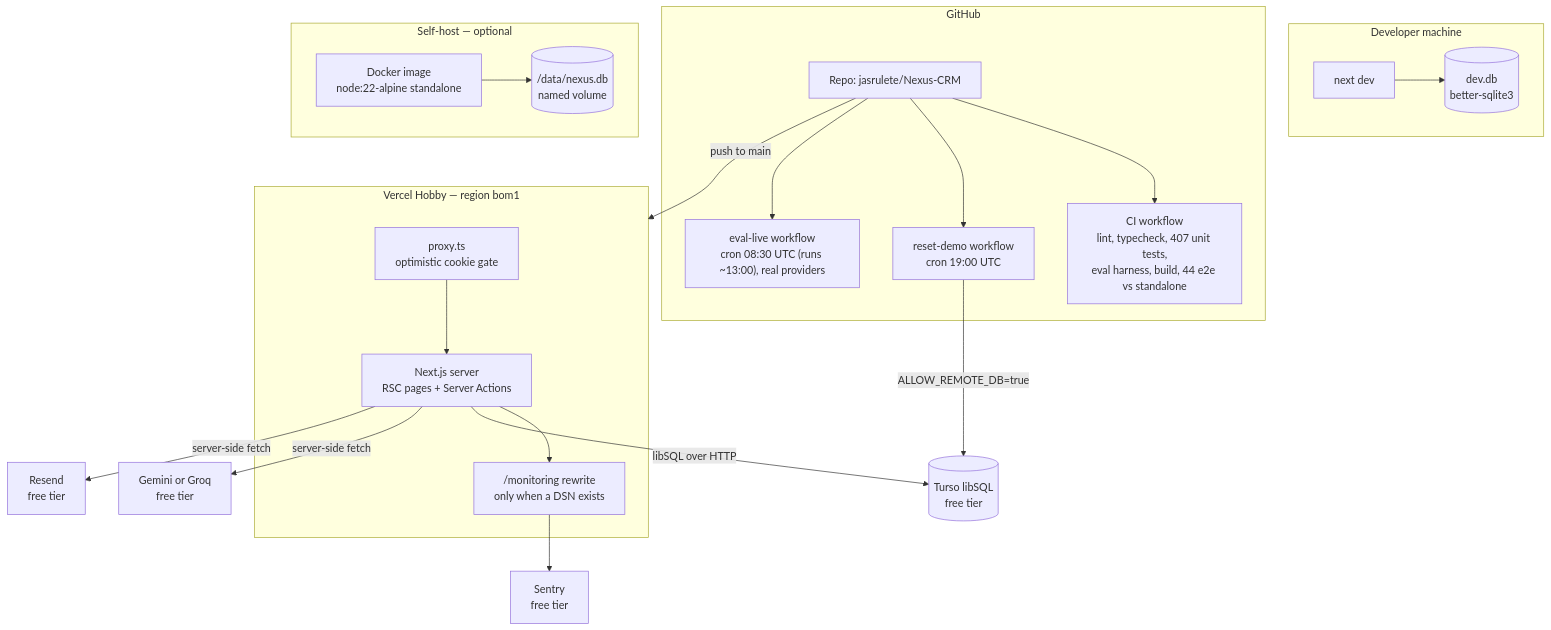
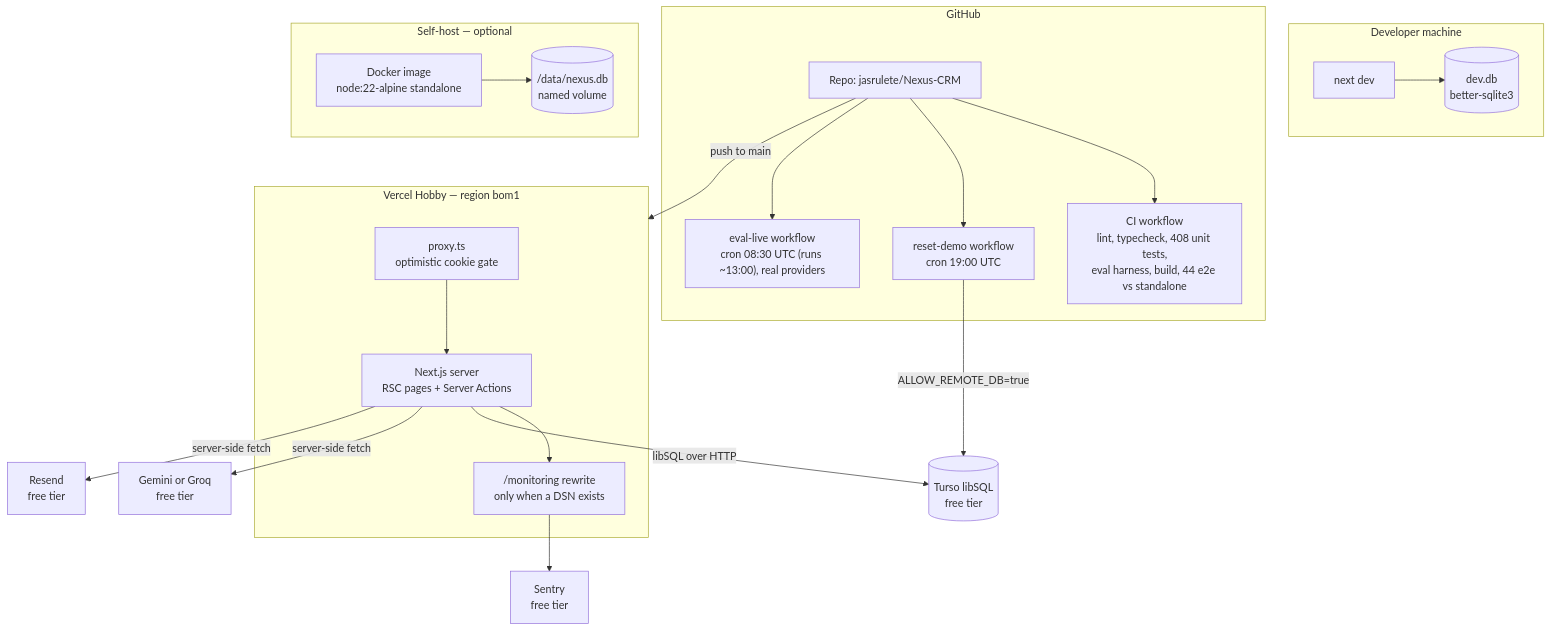
The first of 2 diagrams in docs/TECHNICAL-DESIGN.md (jasrulete/Nexus-CRM), drawn with Mermaid before and after one commit. The commit also changed other lines of this file and 4 other files, not shown here.

````diff
--- a/docs/TECHNICAL-DESIGN.md
+++ b/docs/TECHNICAL-DESIGN.md
@@ -82,44 +82,44 @@
 ```mermaid
 flowchart TB
     subgraph dev["Developer machine"]
         NEXTDEV["next dev"]
         FILE[("dev.db<br/>better-sqlite3")]
         NEXTDEV --> FILE
     end
 
     subgraph gh["GitHub"]
         REPO["Repo: jasrulete/Nexus-CRM"]
-        CI["CI workflow<br/>lint, typecheck, 407 unit tests,<br/>eval harness, build, 44 e2e vs standalone"]
+        CI["CI workflow<br/>lint, typecheck, 408 unit tests,<br/>eval harness, build, 44 e2e vs standalone"]
         RESET["reset-demo workflow<br/>cron 19:00 UTC"]
         EVAL["eval-live workflow<br/>cron 08:30 UTC (runs ~13:00), real providers"]
         REPO --> CI
         REPO --> RESET
         REPO --> EVAL
     end
 
     subgraph vercel["Vercel Hobby — region bom1"]
         PROXY["proxy.ts<br/>optimistic cookie gate"]
         APP["Next.js server<br/>RSC pages + Server Actions"]
         TUNNEL["/monitoring rewrite<br/>only when a DSN exists"]
         PROXY --> APP
         APP --> TUNNEL
     end
 
     subgraph selfhost["Self-host — optional"]
         DOCKER["Docker image<br/>node:22-alpine standalone"]
         VOL[("/data/nexus.db<br/>named volume")]
         DOCKER --> VOL
     end
 
     TURSO[("Turso libSQL<br/>free tier")]
     AI["Gemini or Groq<br/>free tier"]
     RESEND["Resend<br/>free tier"]
     SENTRY["Sentry<br/>free tier"]
 
     REPO -- "push to main" --> vercel
     APP -- "libSQL over HTTP" --> TURSO
     RESET -- "ALLOW_REMOTE_DB=true" --> TURSO
     APP -- "server-side fetch" --> AI
     APP -- "server-side fetch" --> RESEND
     TUNNEL --> SENTRY
 ```
````
